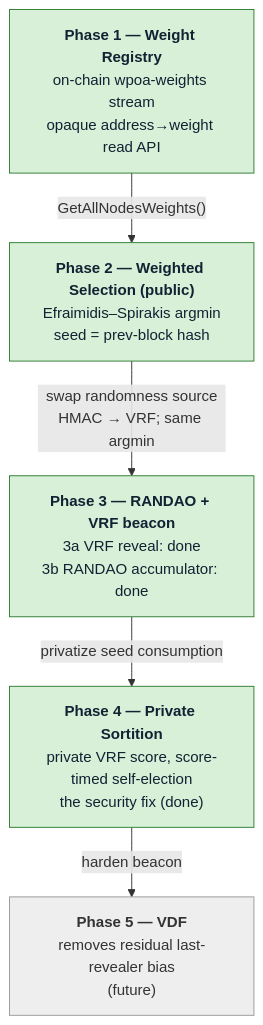
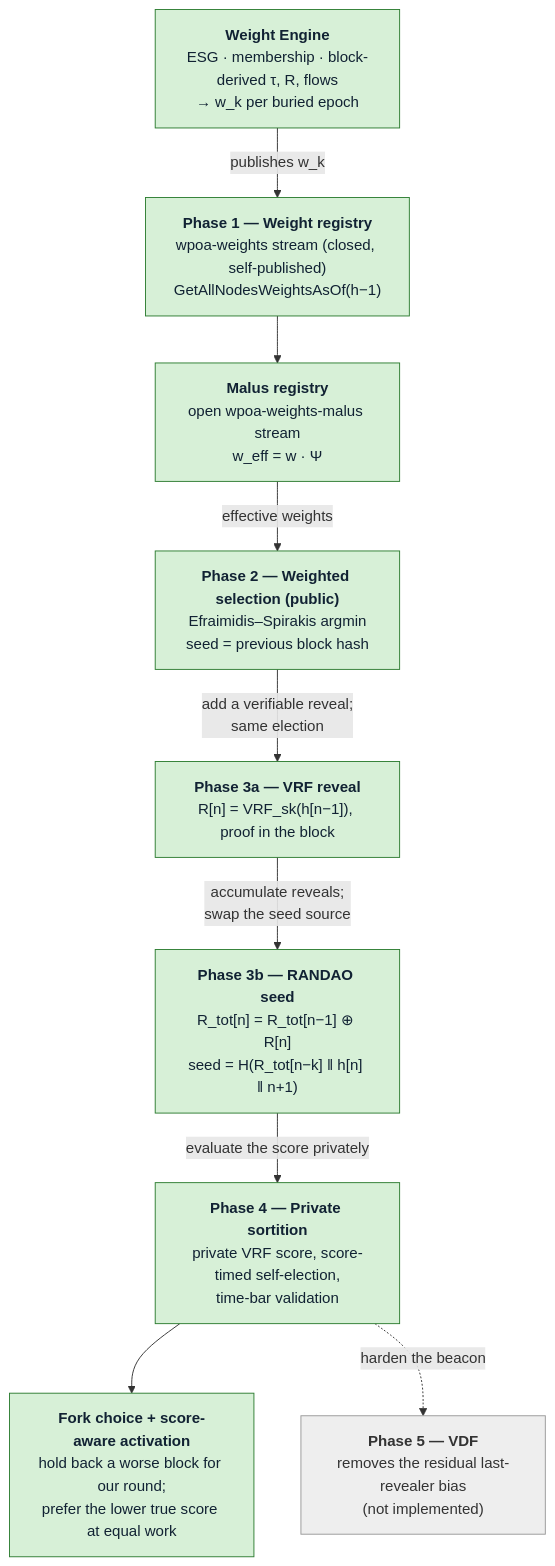
One commit to FeMattu/multichain changed the diagram in docs/implementation-guide.md. Above: the diagram before and after it, drawn with Mermaid. The commit also changed other lines of this file and 44 other files, not shown here.

First line of the commit message:
docs: uniform documentation, aligned with the parent anchor and the score-aware activation

````diff
--- a/docs/implementation-guide.md
+++ b/docs/implementation-guide.md
@@ -30,19 +26,26 @@
 ```mermaid
 flowchart TD
-    P1["<b>Phase 1 — Weight Registry</b><br/>on-chain wpoa-weights stream<br/>opaque address→weight read API"]
-    P2["<b>Phase 2 — Weighted Selection (public)</b><br/>Efraimidis–Spirakis argmin<br/>seed = prev-block hash"]
-    P3["<b>Phase 3 — RANDAO + VRF beacon</b><br/>3a VRF reveal: done<br/>3b RANDAO accumulator: done"]
-    P4["<b>Phase 4 — Private Sortition</b><br/>private VRF score, score-timed self-election<br/>the security fix (done)"]
-    P5["<b>Phase 5 — VDF</b><br/>removes residual last-revealer bias<br/>(future)"]
+    WE["<b>Weight Engine</b><br/>ESG · membership · block-derived τ, R, flows<br/>→ w_k per buried epoch"]
+    P1["<b>Phase 1 — Weight registry</b><br/>wpoa-weights stream (closed, self-published)<br/>GetAllNodesWeightsAsOf(h−1)"]
+    MAL["<b>Malus registry</b><br/>open wpoa-weights-malus stream<br/>w_eff = w · Ψ"]
+    P2["<b>Phase 2 — Weighted selection (public)</b><br/>Efraimidis–Spirakis argmin<br/>seed = previous block hash"]
+    P3A["<b>Phase 3a — VRF reveal</b><br/>R[n] = VRF_sk(h[n−1]), proof in the block"]
+    P3B["<b>Phase 3b — RANDAO seed</b><br/>R_tot[n] = R_tot[n−1] ⊕ R[n]<br/>seed = H(R_tot[n−k] ‖ h[n] ‖ n+1)"]
+    P4["<b>Phase 4 — Private sortition</b><br/>private VRF score, score-timed self-election,<br/>time-bar validation"]
+    FS["<b>Fork choice + score-aware activation</b><br/>hold back a worse block for our round;<br/>prefer the lower true score at equal work"]
+    P5["<b>Phase 5 — VDF</b><br/>removes the residual last-revealer bias<br/>(not implemented)"]
 
-    P1 -->|"GetAllNodesWeights()"| P2
-    P2 -->|"swap randomness source<br/>HMAC → VRF; same argmin"| P3
-    P3 -->|"privatize seed consumption"| P4
-    P4 -->|"harden beacon"| P5
+    WE -->|"publishes w_k"| P1
+    P1 --> MAL
+    MAL -->|"effective weights"| P2
+    P2 -->|"add a verifiable reveal;<br/>same election"| P3A
+    P3A -->|"accumulate reveals;<br/>swap the seed source"| P3B
+    P3B -->|"evaluate the score privately"| P4
+    P4 --> FS
+    P4 -.->|"harden the beacon"| P5
 
     classDef done fill:#d7f0d7,stroke:#2e7d32,color:#123;
-    classDef partial fill:#fff3cd,stroke:#b8860b,color:#123;
     classDef plan fill:#eee,stroke:#999,color:#333;
-    class P1,P2,P3,P4 done;
+    class WE,P1,MAL,P2,P3A,P3B,P4,FS done;
     class P5 plan;
 ```
````
